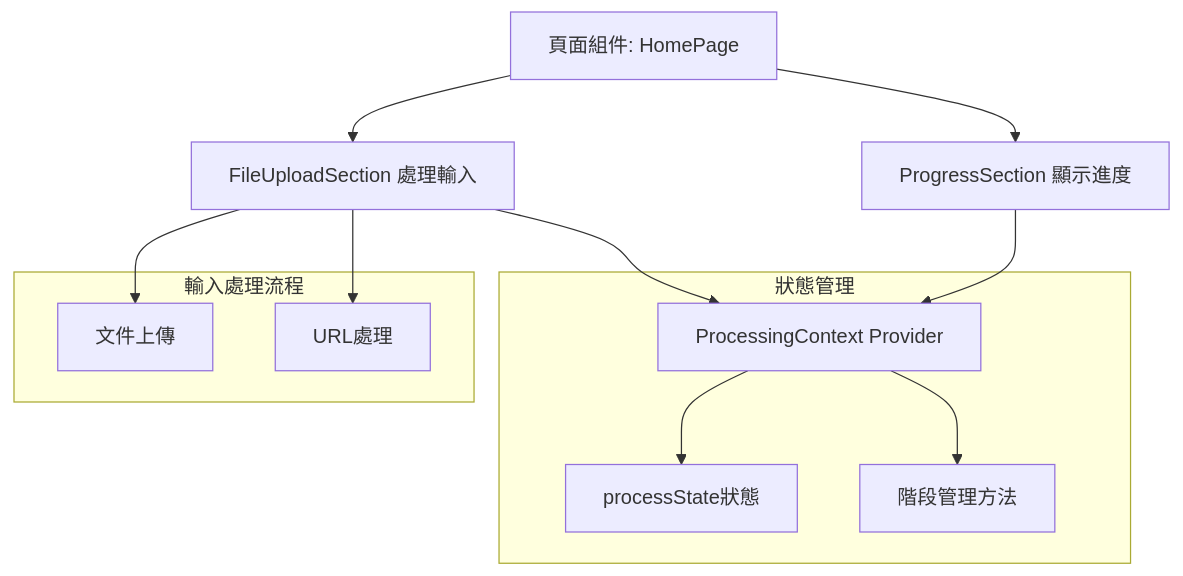
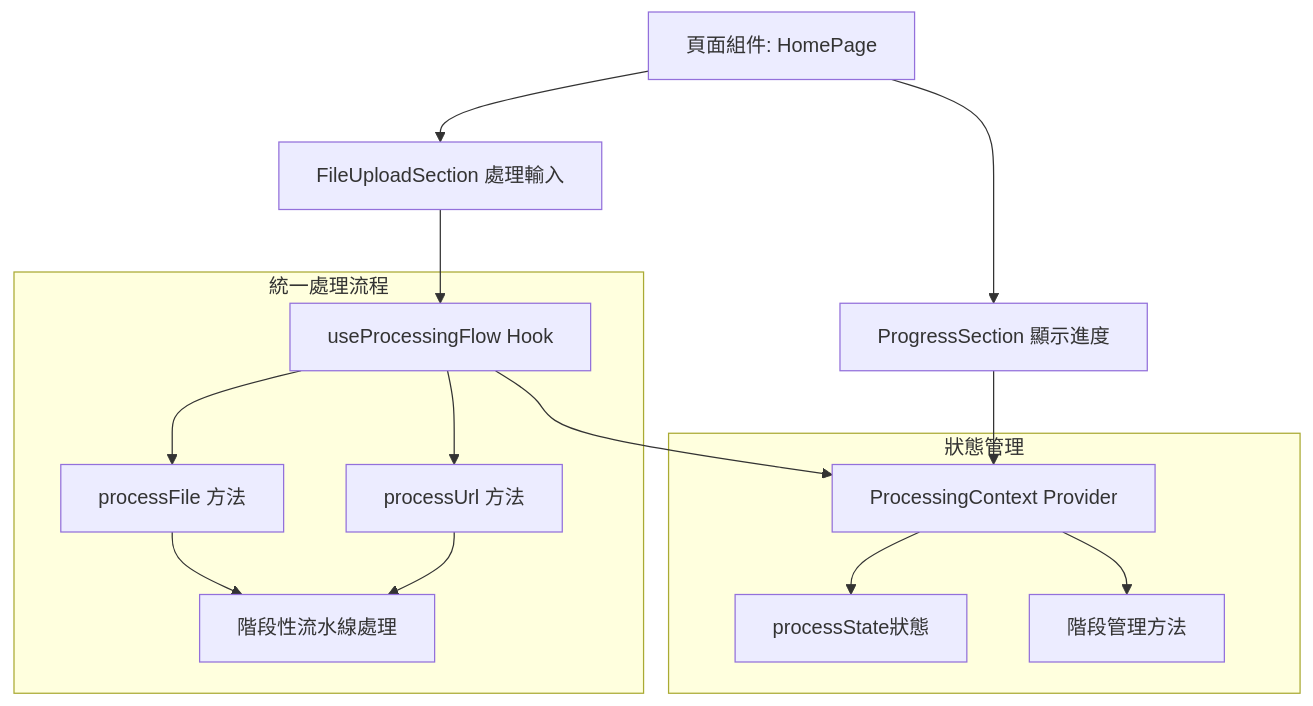
Before and after one commit to darwin7381/auto-article-tools: the first of 4 diagrams in docs/processing-flow-analysis.md, drawn with Mermaid. The commit also changed other lines of this file and 3 other files, not shown here.

Commit message:
restruce unitel flowhook

````diff
--- a/docs/processing-flow-analysis.md
+++ b/docs/processing-flow-analysis.md
@@ -26,24 +27,24 @@
 ```mermaid
 graph TD
     A[頁面組件: HomePage] --> B[FileUploadSection 處理輸入]
     A --> C[ProgressSection 顯示進度]
     
     subgraph 狀態管理
     D[ProcessingContext Provider]
     E[processState狀態]
     F[階段管理方法]
     end
     
-    B --> D
+    B --> G[useProcessingFlow Hook]
+    G --> D
     C --> D
     D --> E
     D --> F
     
-    subgraph 輸入處理流程
-    G[文件上傳]
-    H[URL處理]
+    subgraph 統一處理流程
+    G --> H[processFile 方法]
+    G --> I[processUrl 方法]
+    H --> J[階段性流水線處理]
+    I --> J
     end
-    
-    B --> G
-    B --> H
 ```
````
